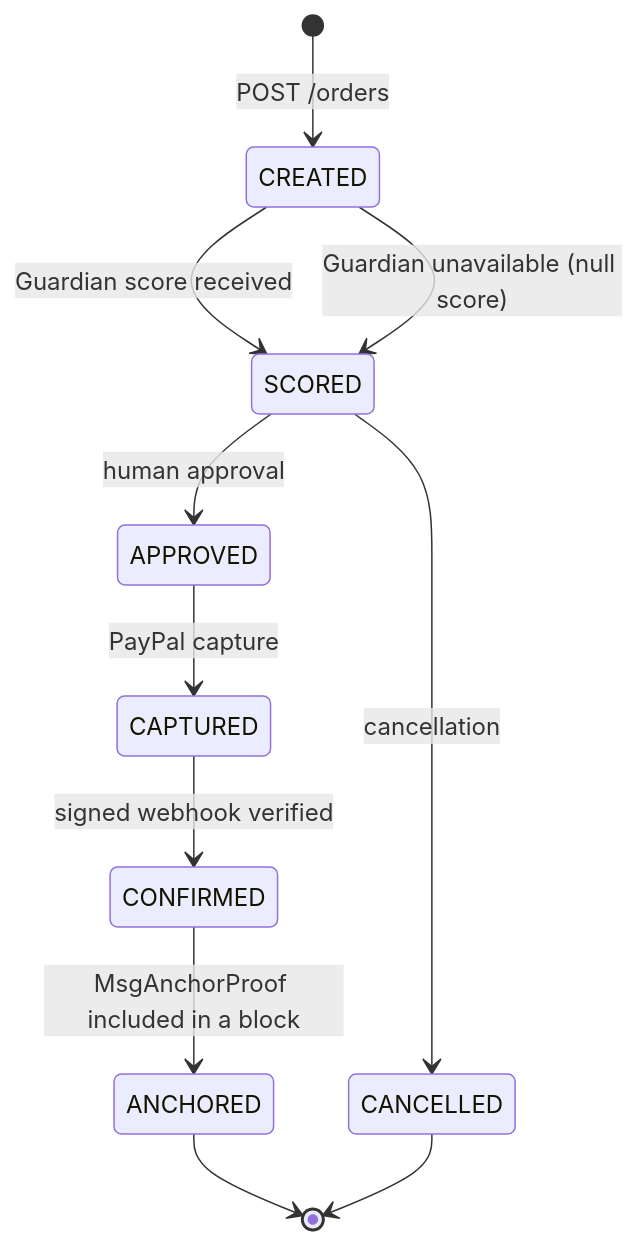
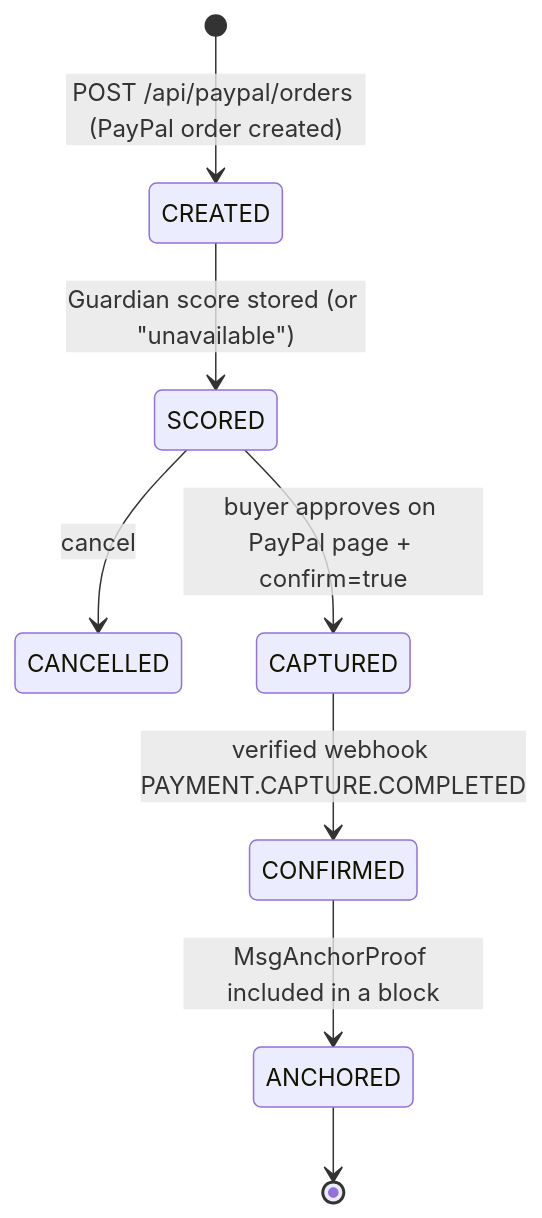
Before and after one commit to joeylukoji/Aurix: the second of 2 diagrams in docs/architecture/services.md, drawn with Mermaid. The commit also changed other lines of this file and 7 other files, not shown here.

Commit message:
docs: as-built architecture, sprint status, Devpost description and demo script

````diff
--- a/docs/architecture/services.md
+++ b/docs/architecture/services.md
@@ -123,13 +65,10 @@
 ```mermaid
 stateDiagram-v2
-    [*] --> CREATED: POST /orders
-    CREATED --> SCORED: Guardian score received
-    CREATED --> SCORED: Guardian unavailable (null score)
-    SCORED --> APPROVED: human approval
-    SCORED --> CANCELLED: cancellation
-    APPROVED --> CAPTURED: PayPal capture
-    CAPTURED --> CONFIRMED: signed webhook verified
+    [*] --> CREATED: POST /api/paypal/orders (PayPal order created)
+    CREATED --> SCORED: Guardian score stored (or "unavailable")
+    SCORED --> CANCELLED: cancel
+    SCORED --> CAPTURED: buyer approves on PayPal page + confirm=true
+    CAPTURED --> CONFIRMED: verified webhook PAYMENT.CAPTURE.COMPLETED
     CONFIRMED --> ANCHORED: MsgAnchorProof included in a block
     ANCHORED --> [*]
-    CANCELLED --> [*]
 ```
````
